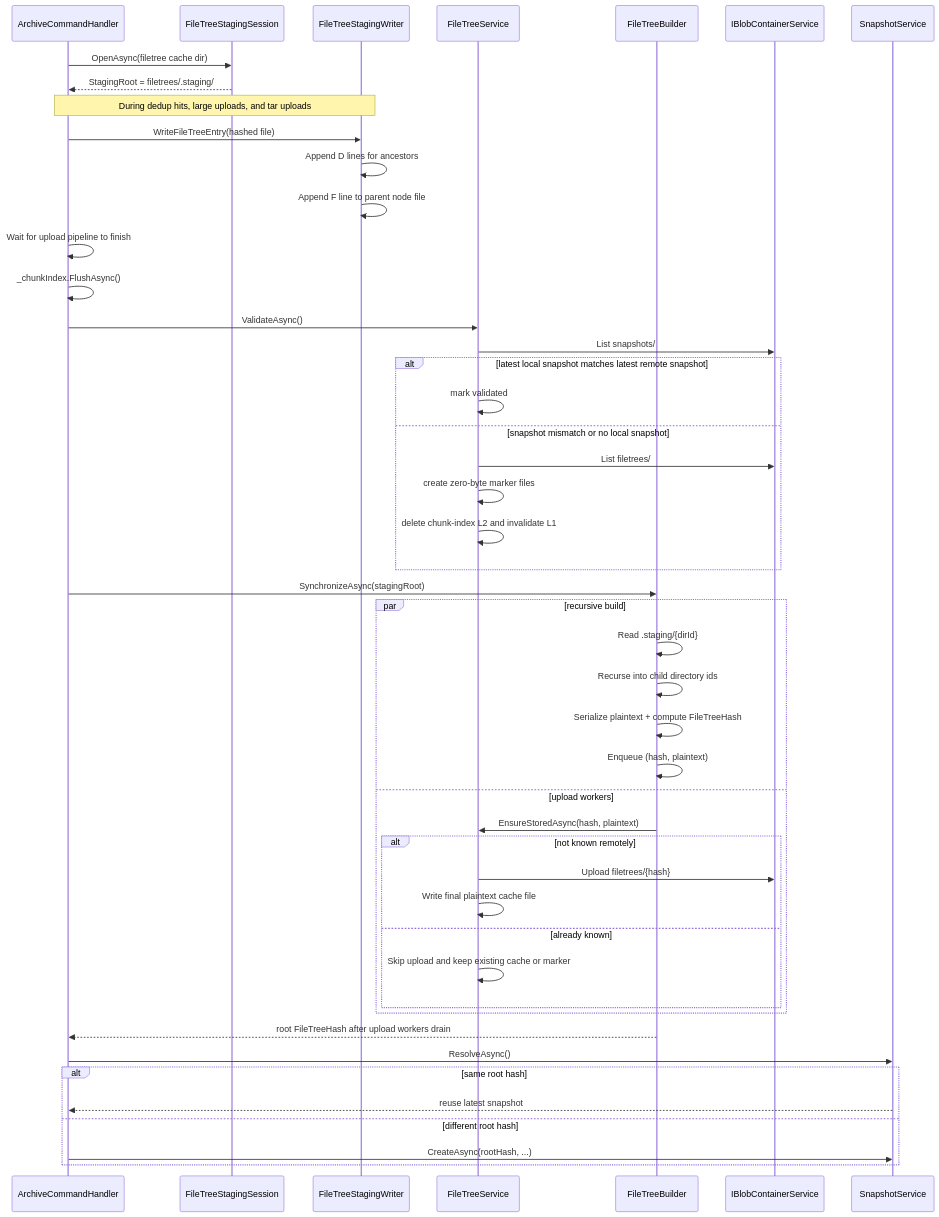
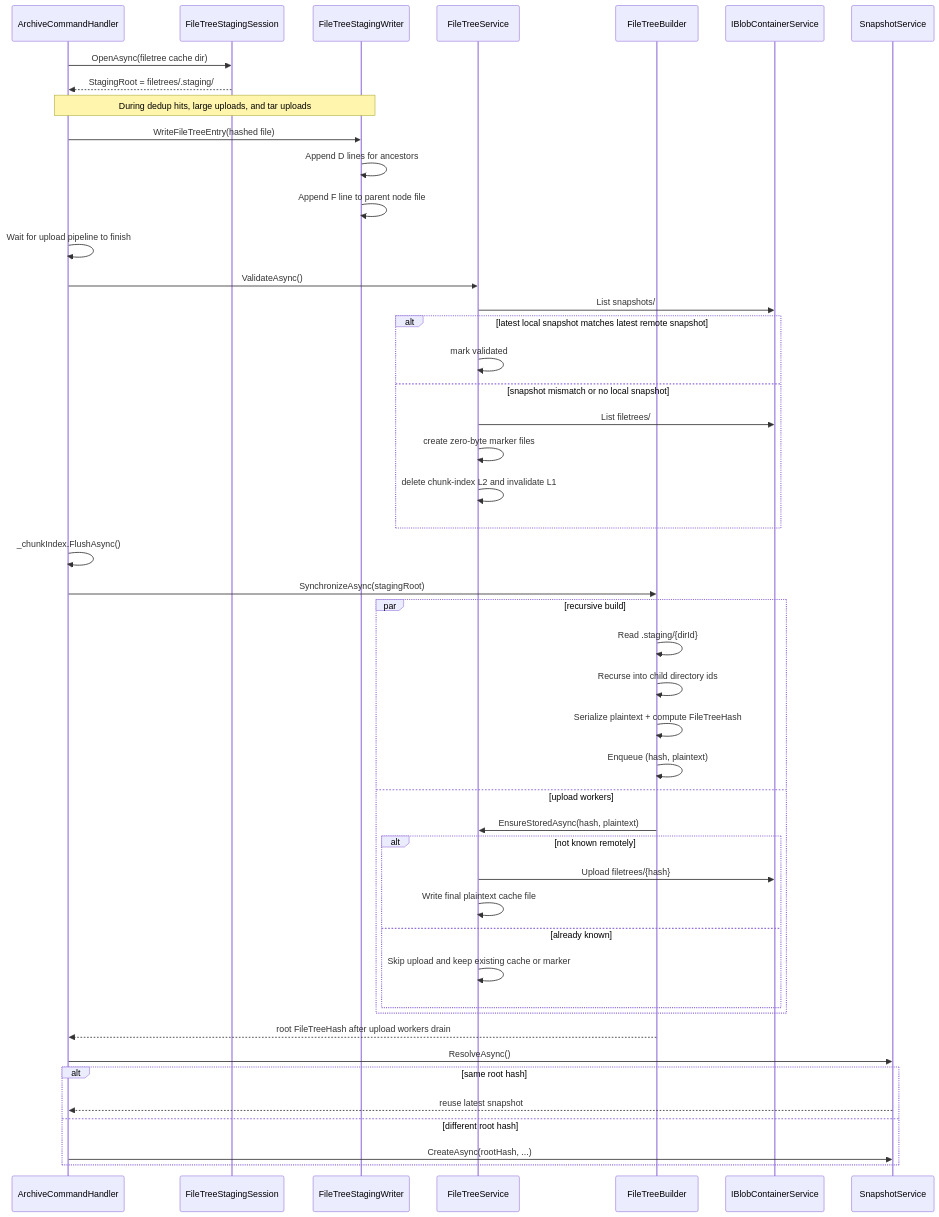
Before and after one commit to woutervanranst/Arius7: the second of 2 diagrams in docs/filetrees.md, drawn with Mermaid. The commit also changed other lines of this file, not shown here.

````diff
--- a/docs/filetrees.md
+++ b/docs/filetrees.md
@@ -231,55 +231,56 @@
 ```mermaid
 sequenceDiagram
     participant ACH as ArchiveCommandHandler
     participant FSS as FileTreeStagingSession
     participant FSW as FileTreeStagingWriter
     participant FTS as FileTreeService
     participant FTB as FileTreeBuilder
     participant Blob as IBlobContainerService
     participant Snap as SnapshotService
 
     ACH->>FSS: OpenAsync(filetree cache dir)
     FSS-->>ACH: StagingRoot = filetrees/.staging/
 
     Note over ACH,FSW: During dedup hits, large uploads, and tar uploads
     ACH->>FSW: WriteFileTreeEntry(hashed file)
     FSW->>FSW: Append D lines for ancestors
     FSW->>FSW: Append F line to parent node file
 
     ACH->>ACH: Wait for upload pipeline to finish
-    ACH->>ACH: _chunkIndex.FlushAsync()
     ACH->>FTS: ValidateAsync()
     FTS->>Blob: List snapshots/
 
     alt latest local snapshot matches latest remote snapshot
         FTS->>FTS: mark validated
     else snapshot mismatch or no local snapshot
         FTS->>Blob: List filetrees/
         FTS->>FTS: create zero-byte marker files
         FTS->>FTS: delete chunk-index L2 and invalidate L1
     end
+
+    ACH->>ACH: _chunkIndex.FlushAsync()
 
     ACH->>FTB: SynchronizeAsync(stagingRoot)
     par recursive build
         FTB->>FTB: Read .staging/{dirId}
         FTB->>FTB: Recurse into child directory ids
         FTB->>FTB: Serialize plaintext + compute FileTreeHash
         FTB->>FTB: Enqueue (hash, plaintext)
     and upload workers
         FTB->>FTS: EnsureStoredAsync(hash, plaintext)
         alt not known remotely
             FTS->>Blob: Upload filetrees/{hash}
             FTS->>FTS: Write final plaintext cache file
         else already known
             FTS->>FTS: Skip upload and keep existing cache or marker
         end
     end
 
     FTB-->>ACH: root FileTreeHash after upload workers drain
     ACH->>Snap: ResolveAsync()
     alt same root hash
         Snap-->>ACH: reuse latest snapshot
     else different root hash
         ACH->>Snap: CreateAsync(rootHash, ...)
     end
 ```
````
